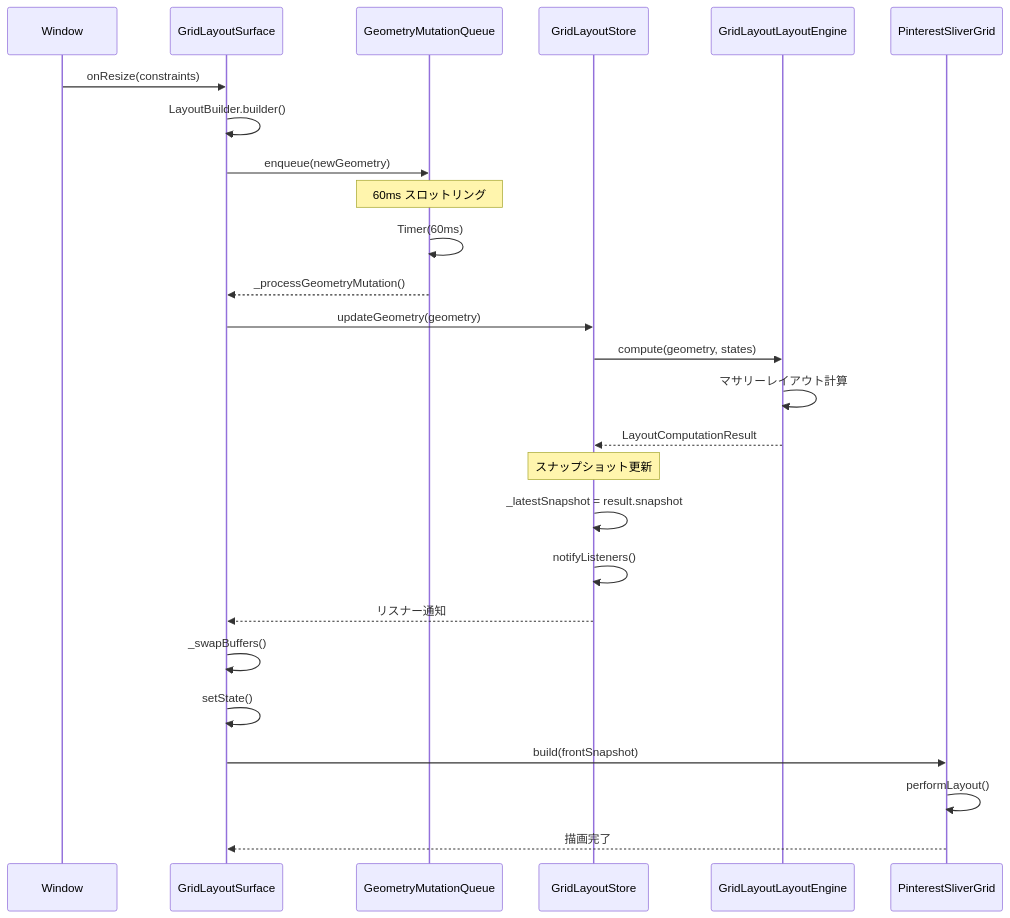
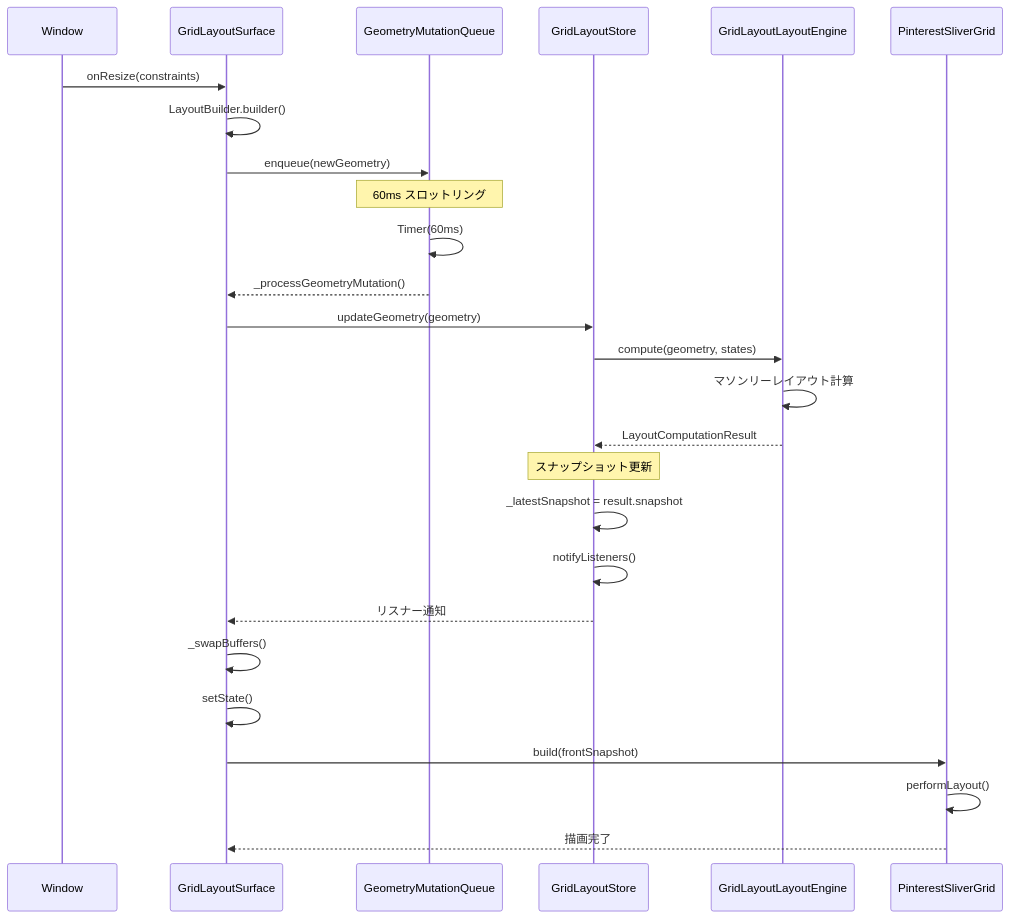
One commit to lietsee/clip-pix changed the third of 10 diagrams in docs/architecture/grid_rendering_pipeline.md. Above: the diagram before and after it, drawn with Mermaid. The commit also changed other lines of this file and 12 other files, not shown here.

````diff
--- a/docs/architecture/grid_rendering_pipeline.md
+++ b/docs/architecture/grid_rendering_pipeline.md
@@ -118,34 +118,34 @@
 ```mermaid
 sequenceDiagram
     participant Window
     participant Surface as GridLayoutSurface
     participant Queue as GeometryMutationQueue
     participant Store as GridLayoutStore
     participant Engine as GridLayoutLayoutEngine
     participant Sliver as PinterestSliverGrid
 
     Window->>Surface: onResize(constraints)
     Surface->>Surface: LayoutBuilder.builder()
     Surface->>Queue: enqueue(newGeometry)
 
     Note over Queue: 60ms スロットリング
     Queue->>Queue: Timer(60ms)
     Queue-->>Surface: _processGeometryMutation()
 
     Surface->>Store: updateGeometry(geometry)
     Store->>Engine: compute(geometry, states)
-    Engine->>Engine: マサリーレイアウト計算
+    Engine->>Engine: マソンリーレイアウト計算
     Engine-->>Store: LayoutComputationResult
 
     Note over Store: スナップショット更新
     Store->>Store: _latestSnapshot = result.snapshot
     Store->>Store: notifyListeners()
 
     Store-->>Surface: リスナー通知
     Surface->>Surface: _swapBuffers()
     Surface->>Surface: setState()
 
     Surface->>Sliver: build(frontSnapshot)
     Sliver->>Sliver: performLayout()
     Sliver-->>Surface: 描画完了
 ```
````
